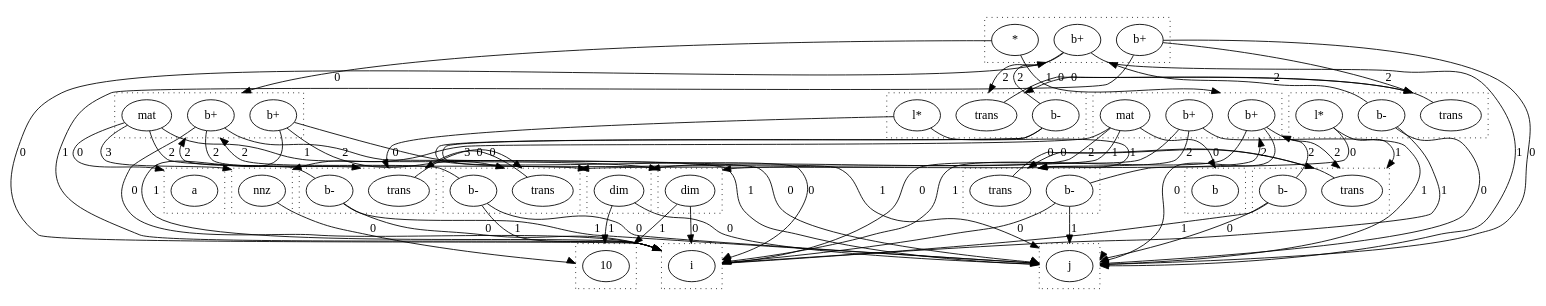
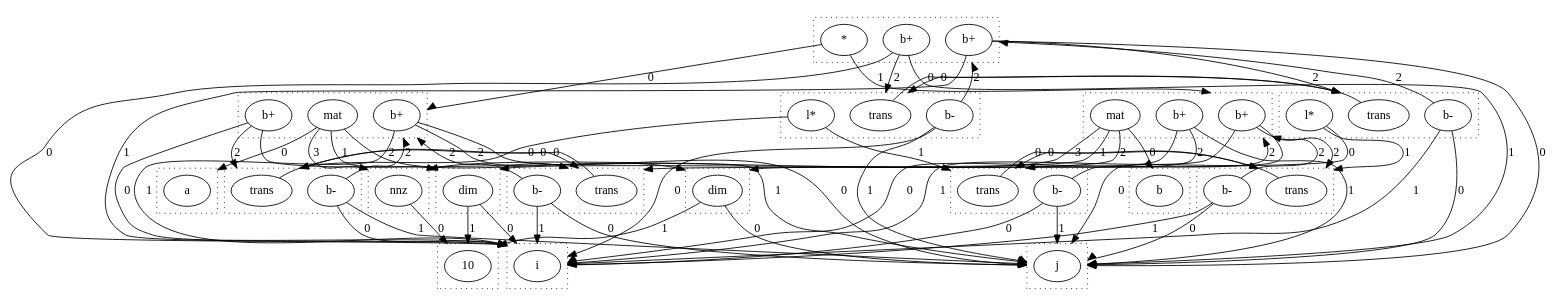
One commit to wormhole-optimization/warp changed the diagram in dots/raunbind.dot. Above: the diagram before and after it, drawn with Graphviz. The commit also changed 5 other files, not shown here.

```diff
--- a/dots/raunbind.dot
+++ b/dots/raunbind.dot
@@ -1,146 +1,146 @@
 digraph {
   compound=true
   subgraph cluster_0 {
     style=dotted
     0.0[label = "i"]
   }
   subgraph cluster_1 {
     style=dotted
     1.0[label = "j"]
   }
   subgraph cluster_2 {
     style=dotted
     2.0[label = "a"]
   }
   subgraph cluster_3 {
     style=dotted
     3.0[label = "10"]
   }
   subgraph cluster_4 {
     style=dotted
     4.0[label = "dim"]
   }
   subgraph cluster_5 {
     style=dotted
     5.0[label = "dim"]
   }
   subgraph cluster_6 {
     style=dotted
     6.0[label = "nnz"]
   }
   subgraph cluster_7 {
     style=dotted
     7.0[label = "b+"]
     7.1[label = "mat"]
     7.2[label = "b+"]
   }
   subgraph cluster_8 {
     style=dotted
     8.0[label = "b"]
   }
   subgraph cluster_9 {
     style=dotted
     9.0[label = "b+"]
     9.1[label = "mat"]
     9.2[label = "b+"]
   }
   subgraph cluster_10 {
     style=dotted
     10.0[label = "b+"]
     10.1[label = "*"]
     10.2[label = "b+"]
   }
   subgraph cluster_11 {
     style=dotted
     11.0[label = "trans"]
     11.1[label = "b-"]
     11.2[label = "l*"]
   }
   subgraph cluster_12 {
     style=dotted
     12.0[label = "trans"]
     12.1[label = "b-"]
   }
   subgraph cluster_14 {
     style=dotted
     14.0[label = "trans"]
     14.1[label = "b-"]
   }
   subgraph cluster_16 {
     style=dotted
     16.0[label = "trans"]
     16.1[label = "b-"]
   }
   subgraph cluster_18 {
     style=dotted
     18.0[label = "trans"]
     18.1[label = "b-"]
   }
-  subgraph cluster_20 {
+  subgraph cluster_21 {
     style=dotted
-    20.0[label = "trans"]
-    20.1[label = "b-"]
-    20.2[label = "l*"]
+    21.0[label = "trans"]
+    21.1[label = "b-"]
+    21.2[label = "l*"]
   }
   4.0 -> 0.0 [lhead = cluster_0, label = 0]
   4.0 -> 3.0 [lhead = cluster_3, label = 1]
   5.0 -> 1.0 [lhead = cluster_1, label = 0]
   5.0 -> 3.0 [lhead = cluster_3, label = 1]
   6.0 -> 3.0 [lhead = cluster_3, label = 0]
-  7.0 -> 0.0 [lhead = cluster_0, label = 0]
-  7.0 -> 1.0 [lhead = cluster_1, label = 1]
+  7.0 -> 1.0 [lhead = cluster_1, label = 0]
+  7.0 -> 0.0 [lhead = cluster_0, label = 1]
   7.0 -> 14.0 [lhead = cluster_14, label = 2]
   7.1 -> 2.0 [lhead = cluster_2, label = 0]
   7.1 -> 4.0 [lhead = cluster_4, label = 1]
   7.1 -> 5.0 [lhead = cluster_5, label = 2]
   7.1 -> 6.0 [lhead = cluster_6, label = 3]
-  7.2 -> 1.0 [lhead = cluster_1, label = 0]
-  7.2 -> 0.0 [lhead = cluster_0, label = 1]
+  7.2 -> 0.0 [lhead = cluster_0, label = 0]
+  7.2 -> 1.0 [lhead = cluster_1, label = 1]
   7.2 -> 12.0 [lhead = cluster_12, label = 2]
   9.0 -> 1.0 [lhead = cluster_1, label = 0]
   9.0 -> 0.0 [lhead = cluster_0, label = 1]
   9.0 -> 18.0 [lhead = cluster_18, label = 2]
   9.1 -> 8.0 [lhead = cluster_8, label = 0]
   9.1 -> 4.0 [lhead = cluster_4, label = 1]
   9.1 -> 5.0 [lhead = cluster_5, label = 2]
   9.1 -> 6.0 [lhead = cluster_6, label = 3]
   9.2 -> 0.0 [lhead = cluster_0, label = 0]
   9.2 -> 1.0 [lhead = cluster_1, label = 1]
   9.2 -> 16.0 [lhead = cluster_16, label = 2]
-  10.0 -> 0.0 [lhead = cluster_0, label = 0]
-  10.0 -> 1.0 [lhead = cluster_1, label = 1]
-  10.0 -> 11.0 [lhead = cluster_11, label = 2]
+  10.0 -> 1.0 [lhead = cluster_1, label = 0]
+  10.0 -> 0.0 [lhead = cluster_0, label = 1]
+  10.0 -> 21.0 [lhead = cluster_21, label = 2]
   10.1 -> 7.0 [lhead = cluster_7, label = 0]
   10.1 -> 9.0 [lhead = cluster_9, label = 1]
-  10.2 -> 1.0 [lhead = cluster_1, label = 0]
-  10.2 -> 0.0 [lhead = cluster_0, label = 1]
-  10.2 -> 20.0 [lhead = cluster_20, label = 2]
-  11.0 -> 20.0 [lhead = cluster_20, label = 0]
+  10.2 -> 0.0 [lhead = cluster_0, label = 0]
+  10.2 -> 1.0 [lhead = cluster_1, label = 1]
+  10.2 -> 11.0 [lhead = cluster_11, label = 2]
+  11.0 -> 21.0 [lhead = cluster_21, label = 0]
   11.1 -> 0.0 [lhead = cluster_0, label = 0]
   11.1 -> 1.0 [lhead = cluster_1, label = 1]
   11.1 -> 10.0 [lhead = cluster_10, label = 2]
-  11.2 -> 14.0 [lhead = cluster_14, label = 0]
+  11.2 -> 12.0 [lhead = cluster_12, label = 0]
   11.2 -> 16.0 [lhead = cluster_16, label = 1]
   12.0 -> 14.0 [lhead = cluster_14, label = 0]
-  12.1 -> 1.0 [lhead = cluster_1, label = 0]
-  12.1 -> 0.0 [lhead = cluster_0, label = 1]
+  12.1 -> 0.0 [lhead = cluster_0, label = 0]
+  12.1 -> 1.0 [lhead = cluster_1, label = 1]
   12.1 -> 7.0 [lhead = cluster_7, label = 2]
   14.0 -> 12.0 [lhead = cluster_12, label = 0]
-  14.1 -> 0.0 [lhead = cluster_0, label = 0]
-  14.1 -> 1.0 [lhead = cluster_1, label = 1]
+  14.1 -> 1.0 [lhead = cluster_1, label = 0]
+  14.1 -> 0.0 [lhead = cluster_0, label = 1]
   14.1 -> 7.0 [lhead = cluster_7, label = 2]
   16.0 -> 18.0 [lhead = cluster_18, label = 0]
   16.1 -> 0.0 [lhead = cluster_0, label = 0]
   16.1 -> 1.0 [lhead = cluster_1, label = 1]
   16.1 -> 9.0 [lhead = cluster_9, label = 2]
   18.0 -> 16.0 [lhead = cluster_16, label = 0]
   18.1 -> 1.0 [lhead = cluster_1, label = 0]
   18.1 -> 0.0 [lhead = cluster_0, label = 1]
   18.1 -> 9.0 [lhead = cluster_9, label = 2]
-  20.0 -> 11.0 [lhead = cluster_11, label = 0]
-  20.1 -> 1.0 [lhead = cluster_1, label = 0]
-  20.1 -> 0.0 [lhead = cluster_0, label = 1]
-  20.1 -> 10.0 [lhead = cluster_10, label = 2]
-  20.2 -> 12.0 [lhead = cluster_12, label = 0]
-  20.2 -> 18.0 [lhead = cluster_18, label = 1]
+  21.0 -> 11.0 [lhead = cluster_11, label = 0]
+  21.1 -> 1.0 [lhead = cluster_1, label = 0]
+  21.1 -> 0.0 [lhead = cluster_0, label = 1]
+  21.1 -> 10.0 [lhead = cluster_10, label = 2]
+  21.2 -> 14.0 [lhead = cluster_14, label = 0]
+  21.2 -> 18.0 [lhead = cluster_18, label = 1]
 }
```
